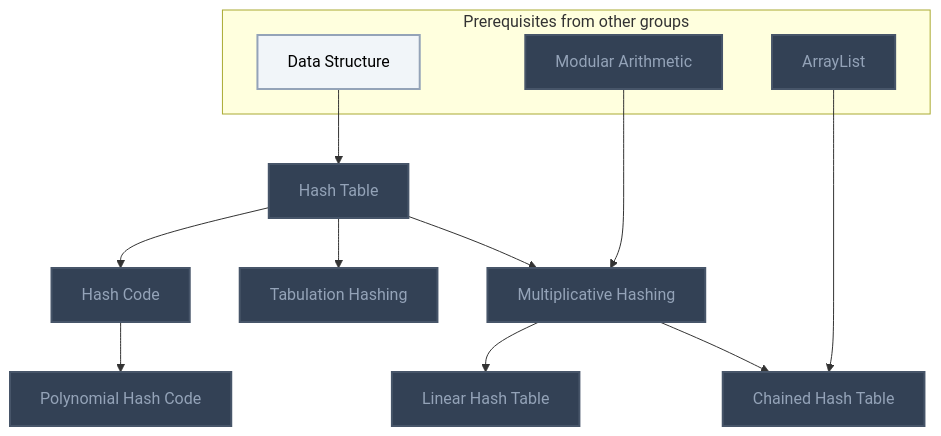
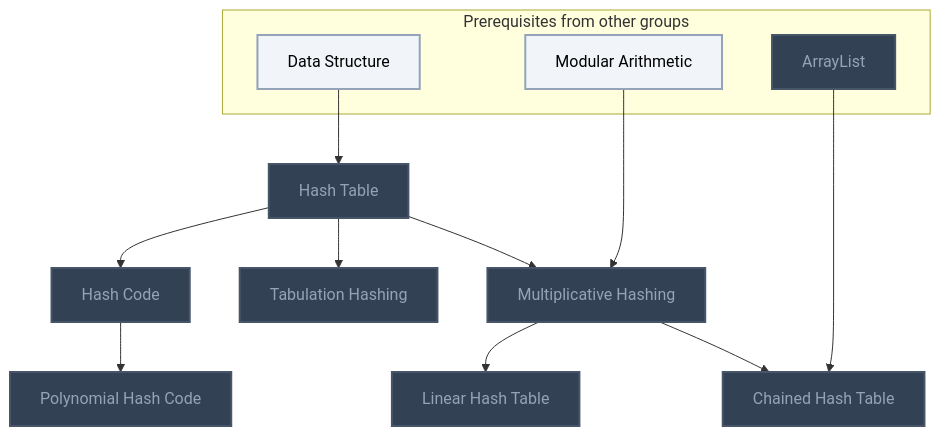
Before and after one commit to MRauf1/My-Notes: the seventh of 17 diagrams in Gamification/Skill Trees/Data Structures and Algorithms.md, drawn with Mermaid. The commit also changed other lines of this file and 62 other files, not shown here.

````diff
--- a/Gamification/Skill Trees/Data Structures and Algorithms.md
+++ b/Gamification/Skill Trees/Data Structures and Algorithms.md
@@ -231,36 +235,36 @@
 ```mermaid
 flowchart TD
     classDef planned fill:#1E293B,stroke:#64748B,stroke-width:2px,stroke-dasharray:5 5,color:#94A3B8;
     classDef locked fill:#334155,stroke:#475569,stroke-width:2px,color:#94A3B8;
     classDef L0 fill:#F1F5F9,stroke:#94A3B8,stroke-width:2px,color:#000000;
     classDef L1 fill:#22C55E,stroke:#15803D,stroke-width:2px,color:#000000;
     classDef L2 fill:#3B82F6,stroke:#1D4ED8,stroke-width:3px,color:#FFFFFF;
     classDef L3 fill:#A855F7,stroke:#6B21A8,stroke-width:3px,color:#FFFFFF,font-weight:bold;
     classDef L4 fill:#F97316,stroke:#C2410C,stroke-width:4px,color:#000000,font-weight:bold;
     classDef L5 fill:#FFD700,stroke:#FF8C00,stroke-width:5px,color:#000000,font-weight:bold;
     classDef rusty stroke:#8B4513,stroke-width:4px,stroke-dasharray:3 3;
     subgraph sg_prereqs["Prerequisites from other groups"]
         n_data_structure["Data Structure"]
         n_modular_arithmetic["Modular Arithmetic"]
         n_arraylist["ArrayList"]
     end
     n_hash_table["Hash Table"]
     n_multiplicative_hashing["Multiplicative Hashing"]
     n_chained_hash_table["Chained Hash Table"]
     n_linear_hash_table["Linear Hash Table"]
     n_tabulation_hashing["Tabulation Hashing"]
     n_hash_code["Hash Code"]
     n_polynomial_hash_code["Polynomial Hash Code"]
     n_data_structure --> n_hash_table
     n_hash_table --> n_multiplicative_hashing
     n_modular_arithmetic --> n_multiplicative_hashing
     n_multiplicative_hashing --> n_chained_hash_table
     n_arraylist --> n_chained_hash_table
     n_multiplicative_hashing --> n_linear_hash_table
     n_hash_table --> n_tabulation_hashing
     n_hash_table --> n_hash_code
     n_hash_code --> n_polynomial_hash_code
-    class n_modular_arithmetic,n_arraylist,n_hash_table,n_multiplicative_hashing,n_chained_hash_table,n_linear_hash_table,n_tabulation_hashing,n_hash_code,n_polynomial_hash_code locked;
-    class n_data_structure L0;
+    class n_arraylist,n_hash_table,n_multiplicative_hashing,n_chained_hash_table,n_linear_hash_table,n_tabulation_hashing,n_hash_code,n_polynomial_hash_code locked;
+    class n_data_structure,n_modular_arithmetic L0;
     class n_data_structure,n_modular_arithmetic,n_arraylist,n_hash_table,n_multiplicative_hashing,n_chained_hash_table,n_linear_hash_table,n_tabulation_hashing,n_hash_code,n_polynomial_hash_code internal-link;
 ```
````
